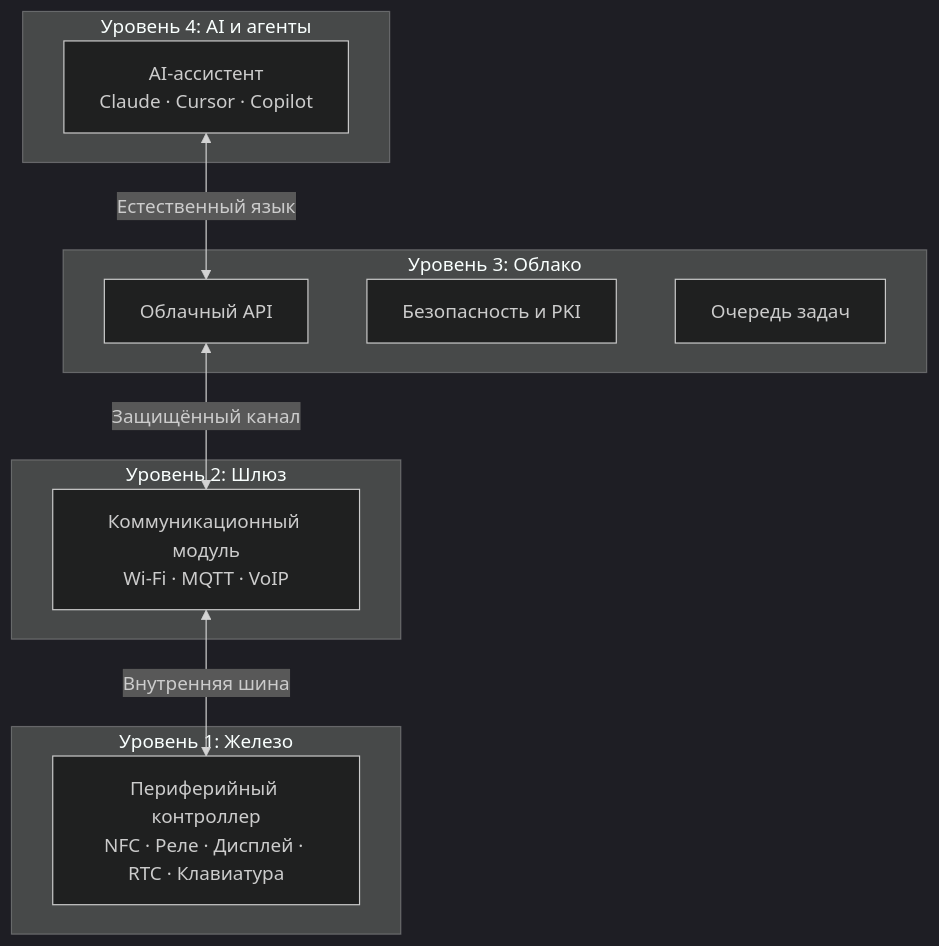
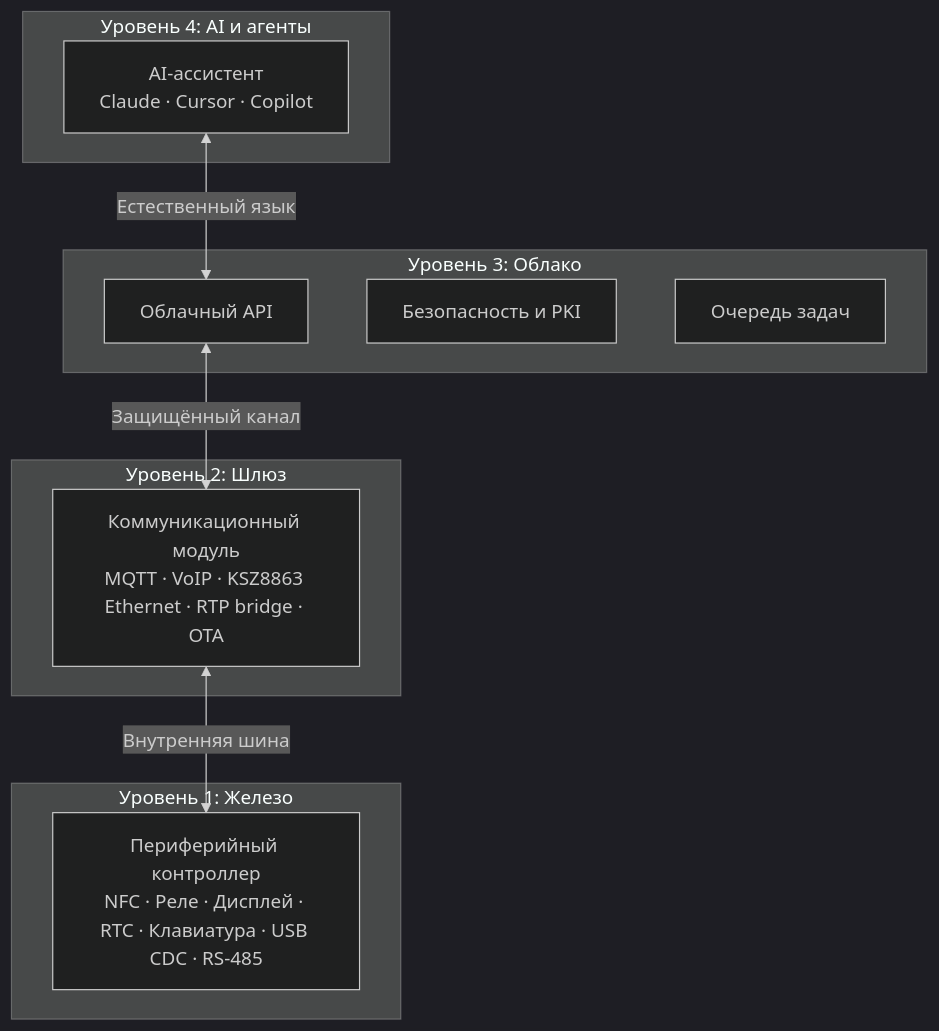
The second of 5 diagrams in robotics/marketing-overview.md (OlegLebedevRU/iot-rpc-rest-app), drawn with Mermaid (dark theme) before and after one commit. The commit also changed other lines of this file and 2 other files, not shown here.

First line of the commit message:
Update robotics/ docs with confirmed siplite info: OTA, KSZ8863, video streams, peripherals

````diff
--- a/robotics/marketing-overview.md
+++ b/robotics/marketing-overview.md
@@ -33,24 +33,24 @@
 ```mermaid
 graph TB
     subgraph L4["Уровень 4: AI и агенты"]
         AI["AI-ассистент\nClaude · Cursor · Copilot"]
     end
 
     subgraph L3["Уровень 3: Облако"]
         API["Облачный API"]
         SEC["Безопасность и PKI"]
         QUEUE["Очередь задач"]
     end
 
     subgraph L2["Уровень 2: Шлюз"]
-        GW["Коммуникационный модуль\nWi-Fi · MQTT · VoIP"]
+        GW["Коммуникационный модуль\nMQTT · VoIP · KSZ8863 Ethernet · RTP bridge · OTA"]
     end
 
     subgraph L1["Уровень 1: Железо"]
-        HW["Периферийный контроллер\nNFC · Реле · Дисплей · RTC · Клавиатура"]
+        HW["Периферийный контроллер\nNFC · Реле · Дисплей · RTC · Клавиатура · USB CDC · RS-485"]
     end
 
     AI <-->|"Естественный язык"| API
     API <-->|"Защищённый канал"| GW
     GW <-->|"Внутренняя шина"| HW
 ```
````
